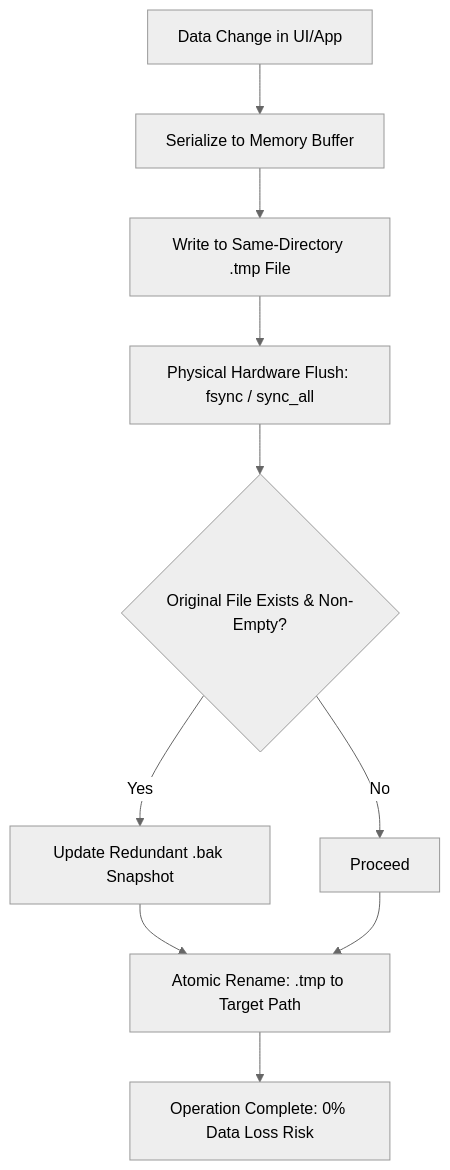
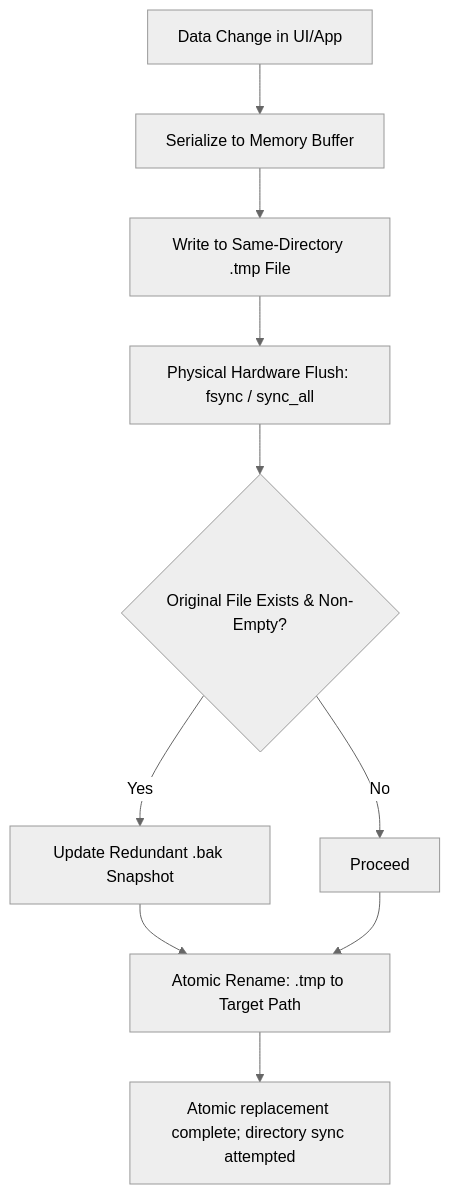
Before and after one commit to mrdevs2011/rail: the diagram in RELIABILITY.md, drawn with Mermaid (neutral theme). The commit also changed other lines of this file and 15 other files, not shown here.

````diff
--- a/RELIABILITY.md
+++ b/RELIABILITY.md
@@ -21,12 +21,12 @@
 ```mermaid
 flowchart TD
     A[Data Change in UI/App] --> B[Serialize to Memory Buffer]
     B --> C[Write to Same-Directory .tmp File]
     C --> D[Physical Hardware Flush: fsync / sync_all]
     D --> E{Original File Exists & Non-Empty?}
     E -- Yes --> F[Update Redundant .bak Snapshot]
     E -- No --> G[Proceed]
     F --> H[Atomic Rename: .tmp to Target Path]
     G --> H
-    H --> I[Operation Complete: 0% Data Loss Risk]
+    H --> I[Atomic replacement complete; directory sync attempted]
 ```
````
